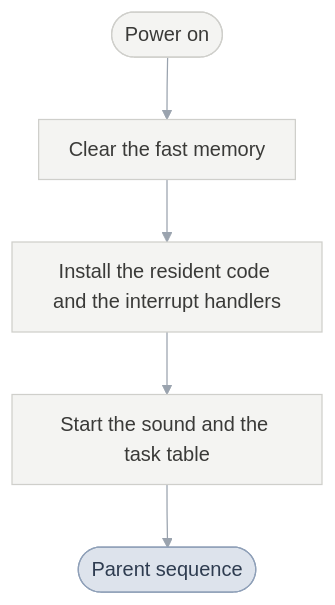
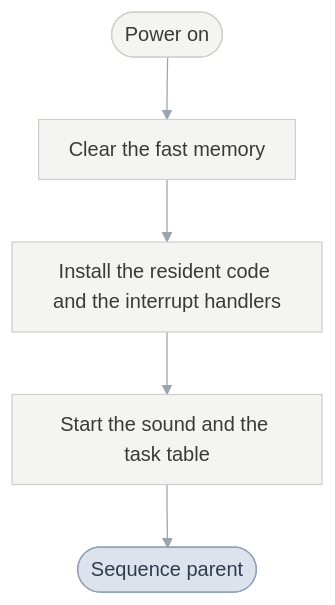
One commit to PascalPixel/alchemy changed the second of 9 diagrams in games/tbs/README.md. Above: the diagram before and after it, drawn with Mermaid. The commit also changed other lines of this file and 36 other files, not shown here.

First line of the commit message:
SequenceParent_Run: the sequence parent, as 平山尚 writes Sequence::Parent

````diff
--- a/games/tbs/README.md
+++ b/games/tbs/README.md
@@ -86,14 +86,14 @@
 ```mermaid
 %%{init: {"theme": "base", "themeVariables": {"lineColor": "#9AA3AE", "edgeLabelBackground": "#FFFFFF"}, "flowchart": {"curve": "basis", "padding": 12}}}%%
 flowchart TD
   power(["Power on"]) --> memory["Clear the fast memory"] --> irq["Install the resident code and the interrupt handlers"]
-  irq --> services["Start the sound and the task table"] --> seq(["Parent sequence"])
-  classDef parentSequence fill:#DDE3EC,stroke:#8FA0B8,color:#2E3C50
+  irq --> services["Start the sound and the task table"] --> seq(["Sequence parent"])
+  classDef sequenceParent fill:#DDE3EC,stroke:#8FA0B8,color:#2E3C50
   classDef sceneSequence fill:#D2EEF3,stroke:#7FC3D0,color:#1E5966
   classDef battle fill:#F6D5D2,stroke:#D9928B,color:#8A2A22
   classDef sceneLoop fill:#D3EBD9,stroke:#8DC49E,color:#25603A
   classDef request fill:#FBE7C6,stroke:#E0B46A,color:#7A5212
   classDef step fill:#F4F4F2,stroke:#CFCFCB,color:#3A3A38
-  class seq parentSequence
+  class seq sequenceParent
   class power,memory,irq,services step
 ```
````
